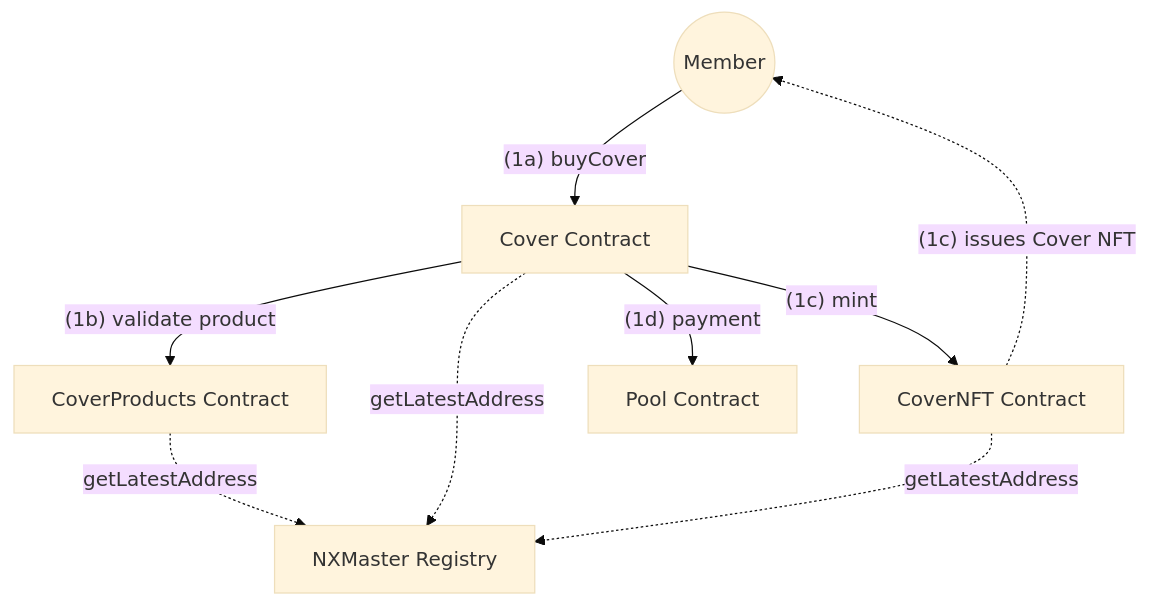
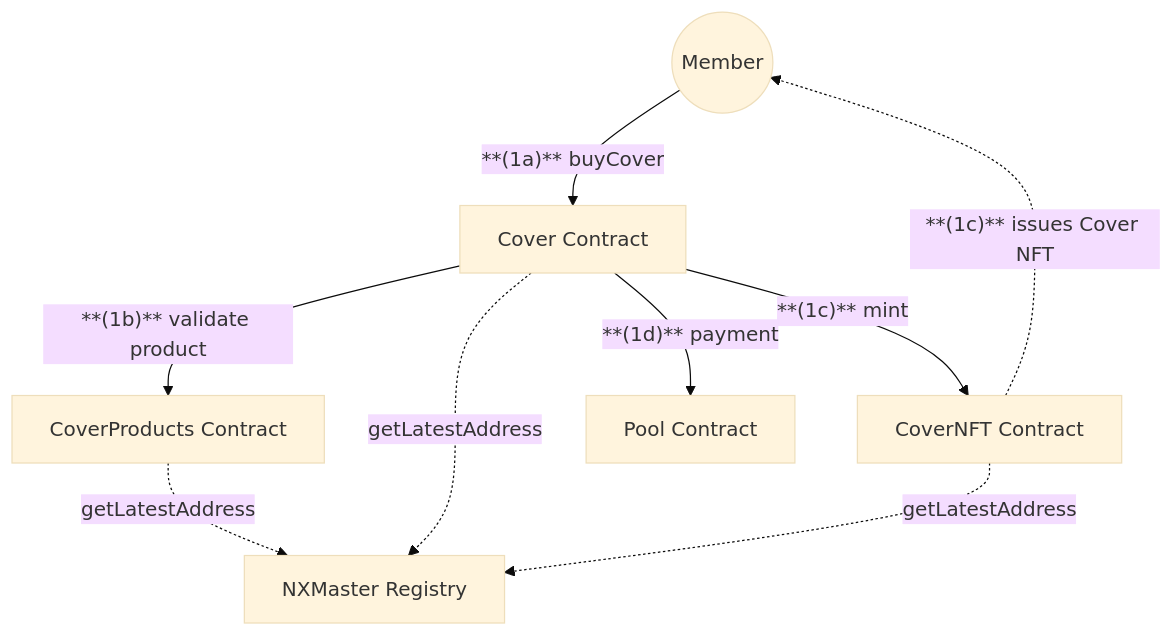
Before and after one commit to NexusMutual/smart-contracts: the first of 2 diagrams in docs/diagrams/contracts/cover.md, drawn with Mermaid (base theme). The commit also changed other lines of this file and 9 other files, not shown here.

Commit message:
docs: update diagrams docs

````diff
--- a/docs/diagrams/contracts/cover.md
+++ b/docs/diagrams/contracts/cover.md
@@ -5,24 +5,24 @@
 ```mermaid
 graph TD
     %% Users
     Member(("Member"))
 
     %% Contracts
     Cover["Cover Contract"]
     CoverProducts["CoverProducts Contract"]
     CoverNFT["CoverNFT Contract"]
     Pool["Pool Contract"]
     NXMaster["NXMaster Registry"]
 
     %% Member interactions
-    Member -->|"(1a) buyCover"| Cover
-    Cover -->|"(1b) validate product"| CoverProducts
-    Cover -->|"(1c) mint"| CoverNFT
-    CoverNFT -.->|"(1c) issues Cover NFT"| Member
-    Cover -->|"(1d) payment"| Pool
+    Member -->|"**(1a)** buyCover"| Cover
+    Cover -->|"**(1b)** validate product"| CoverProducts
+    Cover -->|"**(1c)** mint"| CoverNFT
+    CoverNFT -.->|"**(1c)** issues Cover NFT"| Member
+    Cover -->|"**(1d)** payment"| Pool
 
     %% Contract Registry interactions
     CoverProducts -.->|"getLatestAddress"| NXMaster
     Cover -.->|"getLatestAddress"| NXMaster
     CoverNFT -.->|"getLatestAddress"| NXMaster
 ```
````
